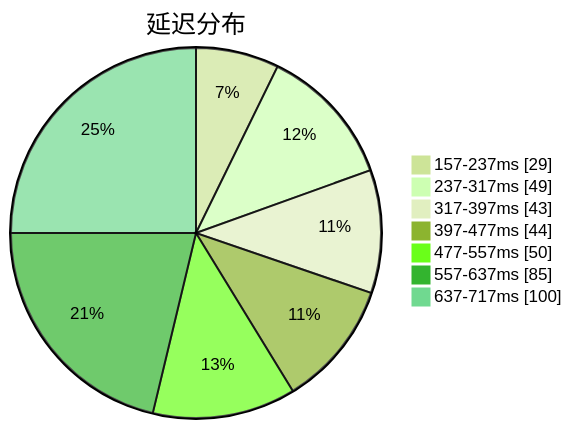
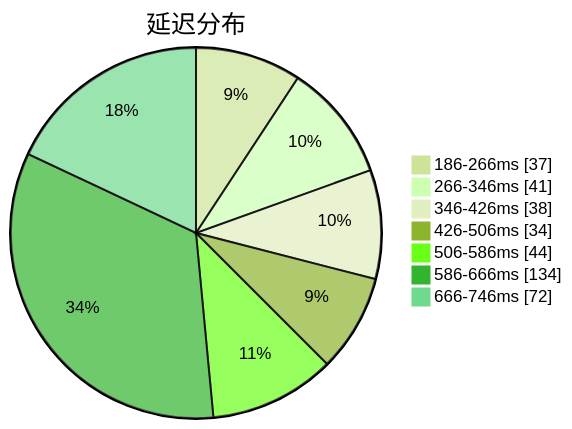
One commit to qjlxg/airport changed the first of 3 diagrams in subs/statistics/tested_within.md. Above: the diagram before and after it, drawn with Mermaid (forest theme). The commit also changed other lines of this file and 2 other files, not shown here.

````diff
--- a/subs/statistics/tested_within.md
+++ b/subs/statistics/tested_within.md
@@ -2,11 +2,11 @@
 ```mermaid
 pie showData
 title 延迟分布
-"157-237ms" : 29
-"237-317ms" : 49
-"317-397ms" : 43
-"397-477ms" : 44
-"477-557ms" : 50
-"557-637ms" : 85
-"637-717ms" : 100
+"186-266ms" : 37
+"266-346ms" : 41
+"346-426ms" : 38
+"426-506ms" : 34
+"506-586ms" : 44
+"586-666ms" : 134
+"666-746ms" : 72
 ```
````
